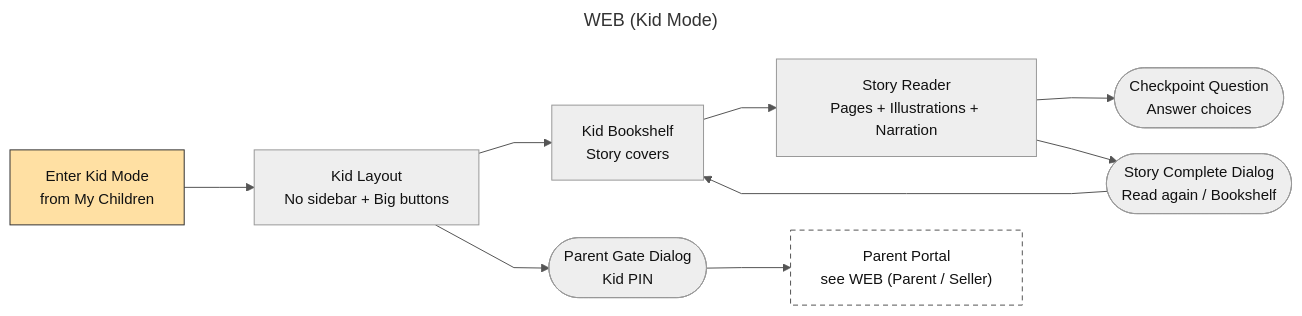
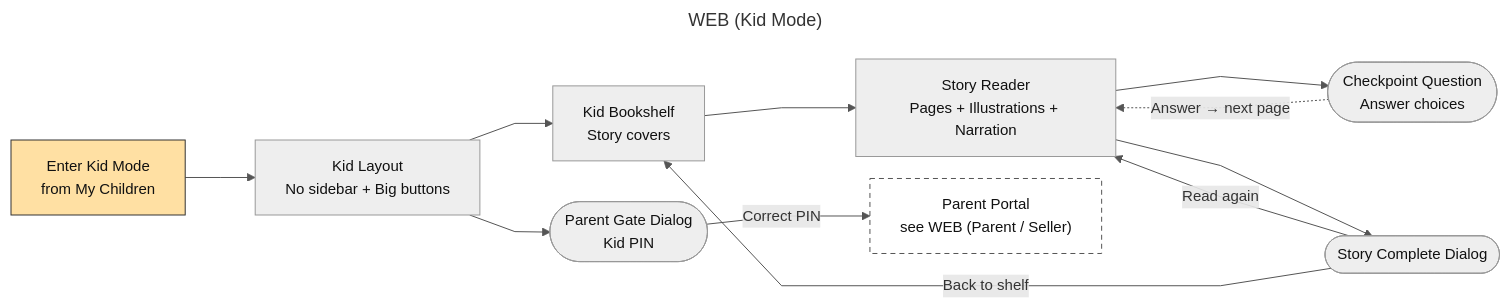
One commit to SEP490-GFA26SE186/BE changed the diagram in docs/diagrams/srs/screen-flow-kid.mmd. Above: the diagram before and after it, drawn with Mermaid. The commit also changed 4 other files, not shown here.

```diff
--- a/docs/diagrams/srs/screen-flow-kid.mmd
+++ b/docs/diagrams/srs/screen-flow-kid.mmd
@@ -1,16 +1,18 @@
 ---
 title: WEB (Kid Mode)
 ---
 %%{init: {"flowchart": {"curve": "linear", "nodeSpacing": 22, "rankSpacing": 70}, "themeVariables": {"fontFamily": "Arial", "fontSize": "15px", "lineColor": "#555555"}}}%%
 flowchart LR
   Enter["Enter Kid Mode<br/>from My Children"]:::start --> KL["Kid Layout<br/>No sidebar + Big buttons"]
   KL --> Shelf["Kid Bookshelf<br/>Story covers"]
   Shelf --> Reader["Story Reader<br/>Pages + Illustrations + Narration"]
   Reader --> CP(["Checkpoint Question<br/>Answer choices"])
-  Reader --> Done(["Story Complete Dialog<br/>Read again / Bookshelf"])
-  Done --> Shelf
+  CP -.->|Answer → next page| Reader
+  Reader --> Done(["Story Complete Dialog"])
+  Done -->|Read again| Reader
+  Done -->|Back to shelf| Shelf
   KL --> Gate(["Parent Gate Dialog<br/>Kid PIN"])
-  Gate --> Parent["Parent Portal<br/>see WEB (Parent / Seller)"]:::ext
+  Gate -->|Correct PIN| Parent["Parent Portal<br/>see WEB (Parent / Seller)"]:::ext
   classDef default fill:#EEEEEE,stroke:#999999,color:#111111
   classDef start fill:#FFE0A3,stroke:#333333,color:#111111
   classDef ext fill:#FFFFFF,stroke:#555555,stroke-dasharray:5 4,color:#111111
```
